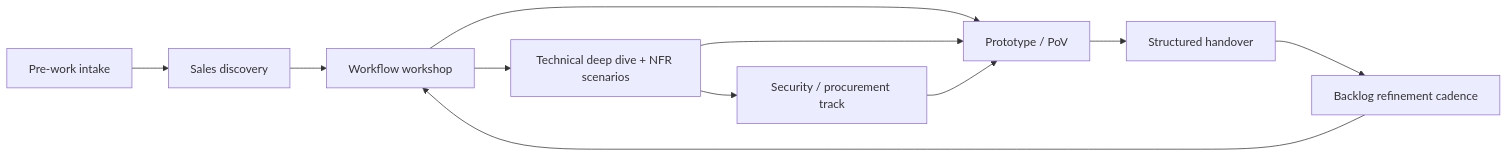
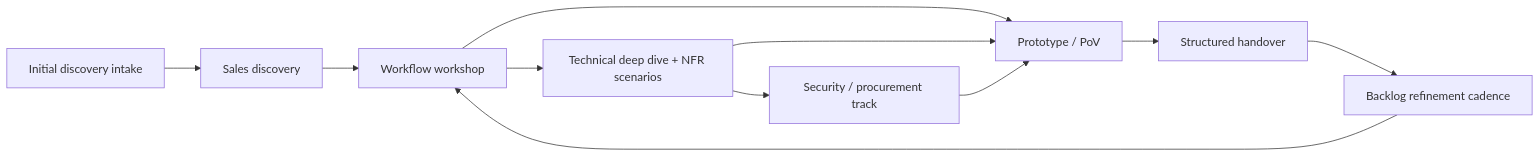
One commit to FastdevTeam/docs changed the diagram in docs/index.md. Above: the diagram before and after it, drawn with Mermaid. The commit also changed other lines of this file and 24 other files, not shown here.

````diff
--- a/docs/index.md
+++ b/docs/index.md
@@ -46,13 +46,13 @@
 ```mermaid
 flowchart LR
-  A[Pre-work intake] --> B[Sales discovery]
+  A[Initial discovery intake] --> B[Sales discovery]
   B --> C[Workflow workshop]
   C --> D[Technical deep dive + NFR scenarios]
   D --> E[Security / procurement track]
   C --> F[Prototype / PoV]
   D --> F
   E --> F
   F --> G[Structured handover]
   G --> H[Backlog refinement cadence]
   H --> C
 ```
````
